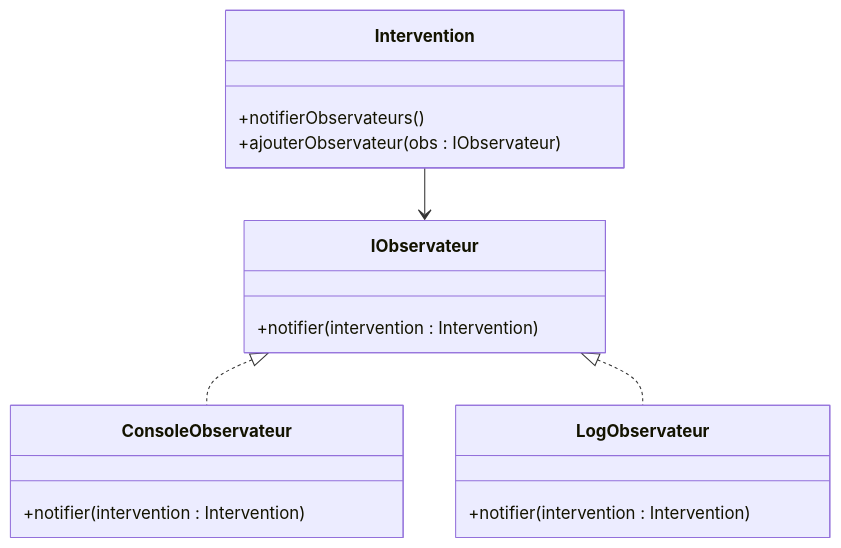
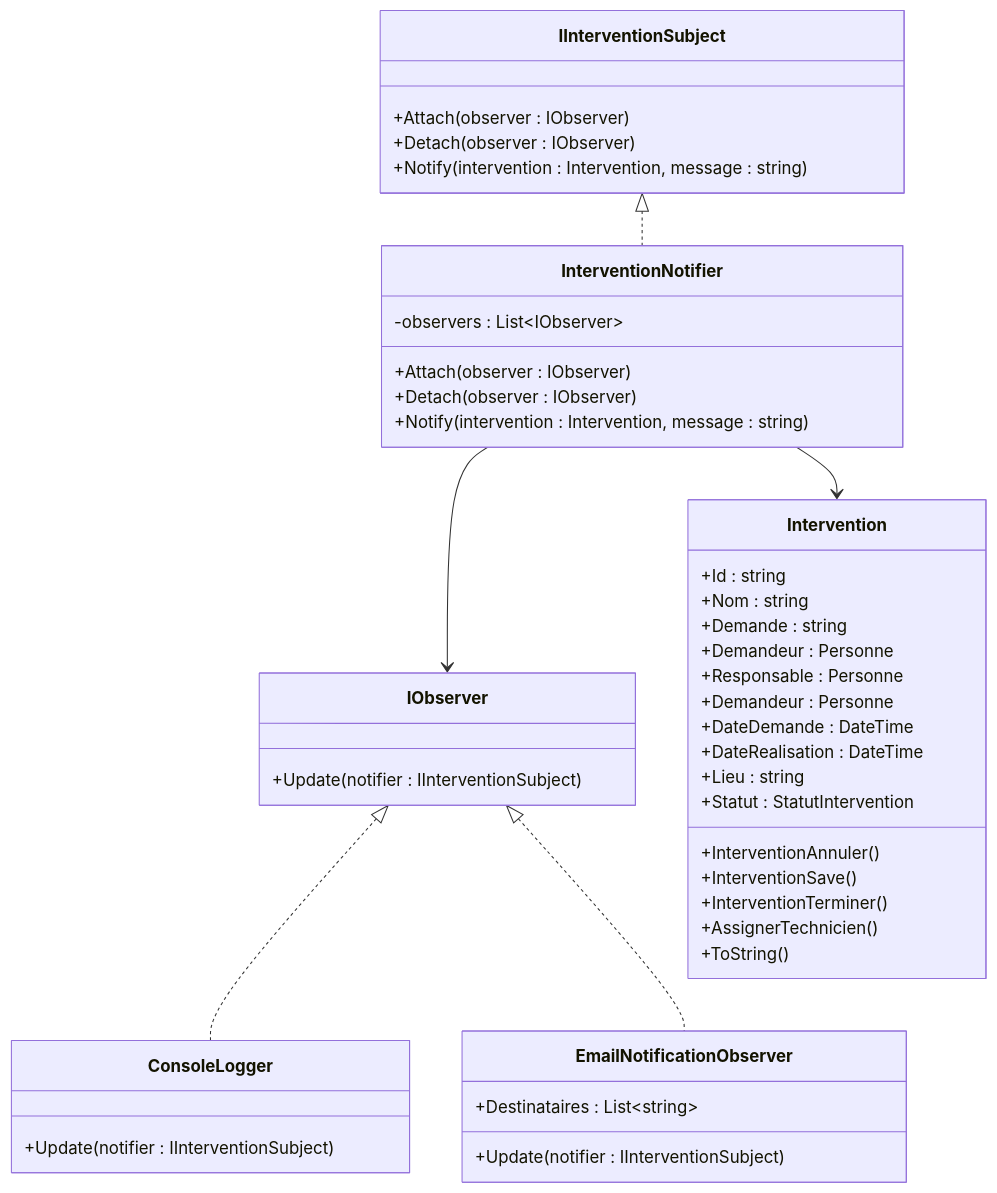
One commit to rolm0123456789/DesignPatternProjet changed the fourth of 5 diagrams in UML.md. Above: the diagram before and after it, drawn with Mermaid. The commit also changed other lines of this file and 2 other files, not shown here.

Commit message:
Ajout du décorateur PiecesJointesDecorator pour gérer les pièces jointes aux interventions; mise à jour de la documentation UML et README.md pour refléter les nouvelles fonctionnalités.

````diff
--- a/UML.md
+++ b/UML.md
@@ -67,19 +98,47 @@
 ```mermaid
 classDiagram
-    class IObservateur {
-        +notifier(intervention : Intervention)
+    class IObserver {
+        +Update(notifier : IInterventionSubject)
+    }
+    class IInterventionSubject {
+        +Attach(observer : IObserver)
+        +Detach(observer : IObserver)
+        +Notify(intervention : Intervention, message : string)
+    }
+    class InterventionNotifier {
+        -observers : List~IObserver~
+        +Attach(observer : IObserver)
+        +Detach(observer : IObserver)
+        +Notify(intervention : Intervention, message : string)
+    }
+    class ConsoleLogger {
+        +Update(notifier : IInterventionSubject)
+    }
+    class EmailNotificationObserver {
+        +Destinataires : List~string~
+        +Update(notifier : IInterventionSubject)
     }
     class Intervention {
-        +notifierObservateurs()
-        +ajouterObservateur(obs : IObservateur)
+        +Id : string
+        +Nom : string
+        +Demande : string
+        +Demandeur : Personne
+        +Responsable : Personne
+        +Demandeur : Personne
+        +DateDemande : DateTime
+        +DateRealisation : DateTime
+        +Lieu : string
+        +Statut : StatutIntervention
+        +InterventionAnnuler()
+        +InterventionSave()
+        +InterventionTerminer()
+        +AssignerTechnicien()
+        +ToString()
     }
-    class ConsoleObservateur {
-        +notifier(intervention : Intervention)
-    }
-    class LogObservateur {
-        +notifier(intervention : Intervention)
-    }
-    IObservateur <|.. ConsoleObservateur
-    IObservateur <|.. LogObservateur
-    Intervention --> IObservateur
+
+    IInterventionSubject <|.. InterventionNotifier
+    IObserver <|.. ConsoleLogger
+    IObserver <|.. EmailNotificationObserver
+    InterventionNotifier --> IObserver
+    InterventionNotifier --> Intervention
 ```
````
